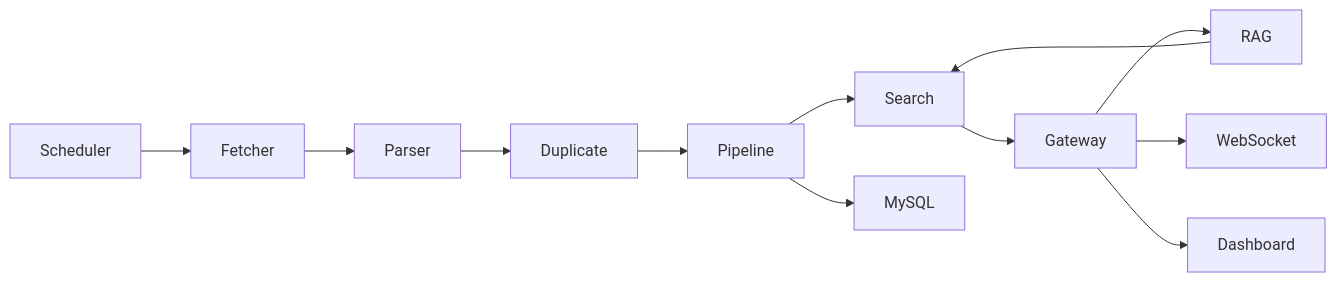
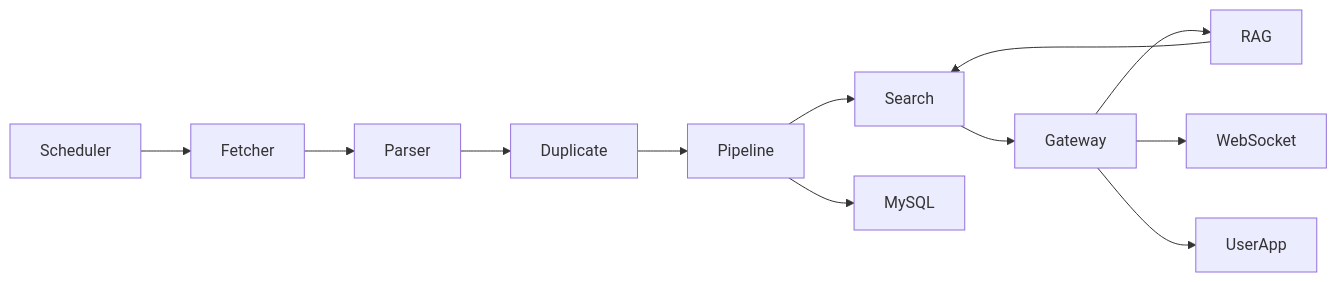
One commit to 23jdd/TechPulse changed the diagram in docs/architecture.md. Above: the diagram before and after it, drawn with Mermaid. The commit also changed 18 other files, not shown here.

````diff
--- a/docs/architecture.md
+++ b/docs/architecture.md
@@ -5,14 +5,14 @@
 ```mermaid
 flowchart LR
   Scheduler --> Fetcher
   Fetcher --> Parser
   Parser --> Duplicate
   Duplicate --> Pipeline
   Pipeline --> Search
   Pipeline --> MySQL
   Search --> Gateway
   Gateway --> RAG
   RAG --> Search
   Gateway --> WebSocket
-  Gateway --> Dashboard
+  Gateway --> UserApp
 ```
````
